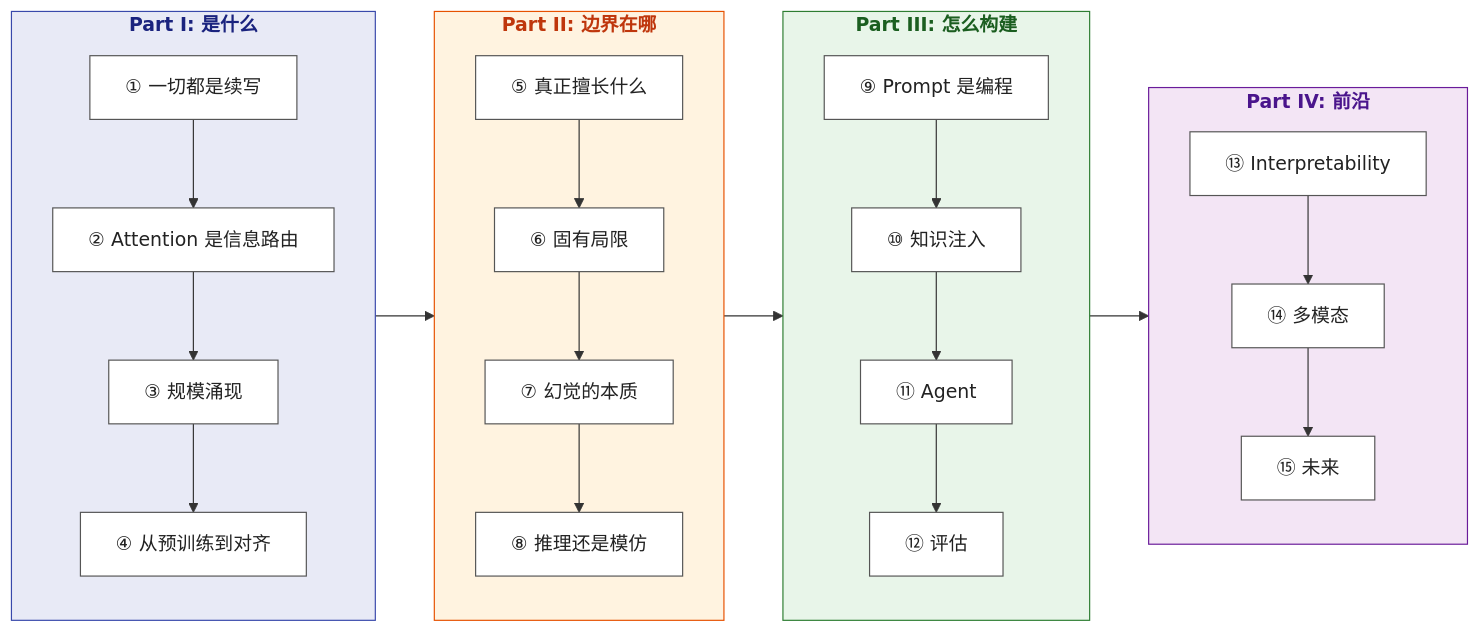
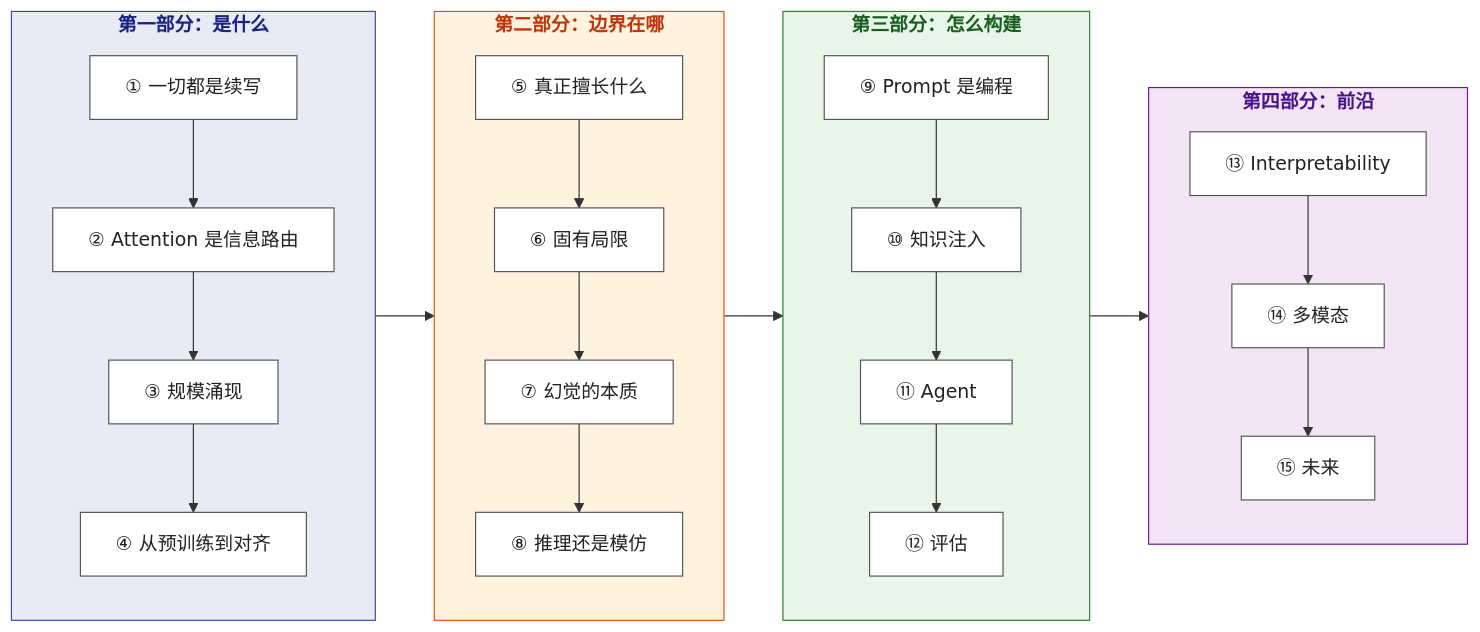
The second of 2 diagrams in README.md (yingwang/thinking-in-llm), drawn with Mermaid before and after one commit. The commit also changed other lines of this file and 1 other file, not shown here.

````diff
--- a/README.md
+++ b/README.md
@@ -12,47 +143,47 @@
 ```mermaid
 flowchart LR
-    subgraph P1["<b>Part I: 是什么</b>"]
+    subgraph P1["<b>第一部分：是什么</b>"]
         direction TB
         C1["① 一切都是续写"]
         C2["② Attention 是信息路由"]
         C3["③ 规模涌现"]
         C4["④ 从预训练到对齐"]
         C1 --> C2 --> C3 --> C4
     end
 
-    subgraph P2["<b>Part II: 边界在哪</b>"]
+    subgraph P2["<b>第二部分：边界在哪</b>"]
         direction TB
         C5["⑤ 真正擅长什么"]
         C6["⑥ 固有局限"]
         C7["⑦ 幻觉的本质"]
         C8["⑧ 推理还是模仿"]
         C5 --> C6 --> C7 --> C8
     end
 
-    subgraph P3["<b>Part III: 怎么构建</b>"]
+    subgraph P3["<b>第三部分：怎么构建</b>"]
         direction TB
         C9["⑨ Prompt 是编程"]
         C10["⑩ 知识注入"]
         C11["⑪ Agent"]
         C12["⑫ 评估"]
         C9 --> C10 --> C11 --> C12
     end
 
-    subgraph P4["<b>Part IV: 前沿</b>"]
+    subgraph P4["<b>第四部分：前沿</b>"]
         direction TB
         C13["⑬ Interpretability"]
         C14["⑭ 多模态"]
         C15["⑮ 未来"]
         C13 --> C14 --> C15
     end
 
     P1 --> P2 --> P3 --> P4
 
     classDef chapter fill:#ffffff,stroke:#555,color:#222
     class C1,C2,C3,C4,C5,C6,C7,C8,C9,C10,C11,C12,C13,C14,C15 chapter
 
     style P1 fill:#e8eaf6,stroke:#3949ab,color:#1a237e
     style P2 fill:#fff3e0,stroke:#e65100,color:#bf360c
     style P3 fill:#e8f5e9,stroke:#2e7d32,color:#1b5e20
     style P4 fill:#f3e5f5,stroke:#6a1b9a,color:#4a148c
 ```
````
